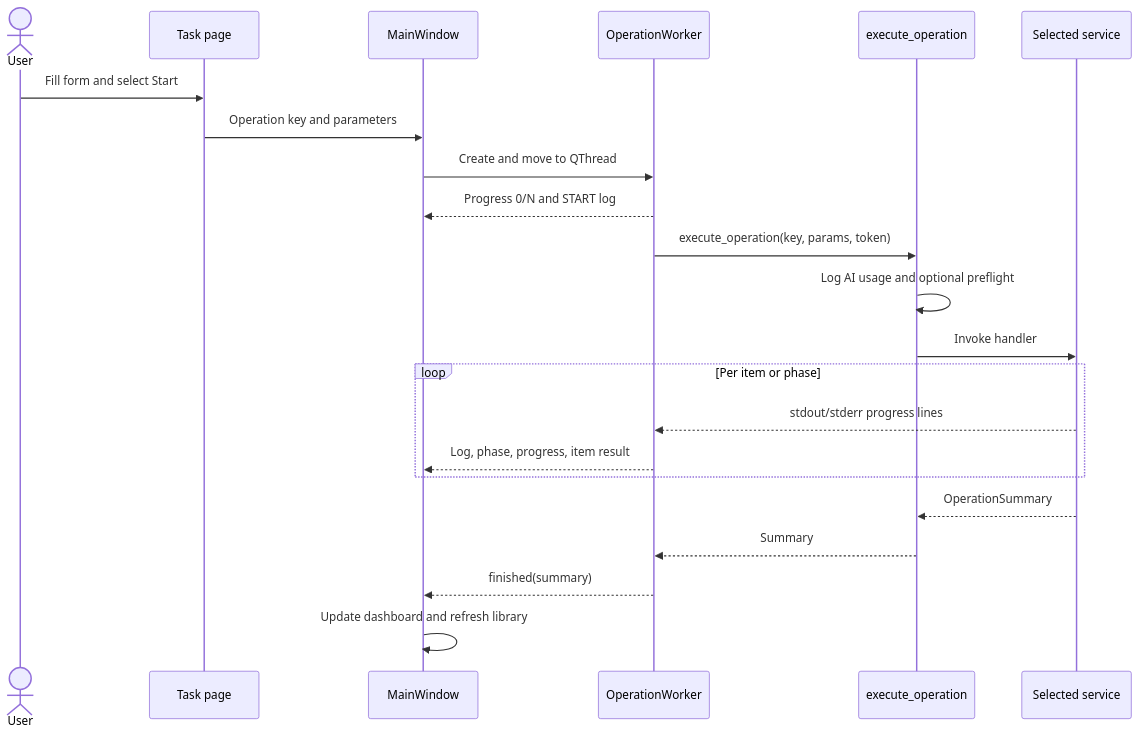
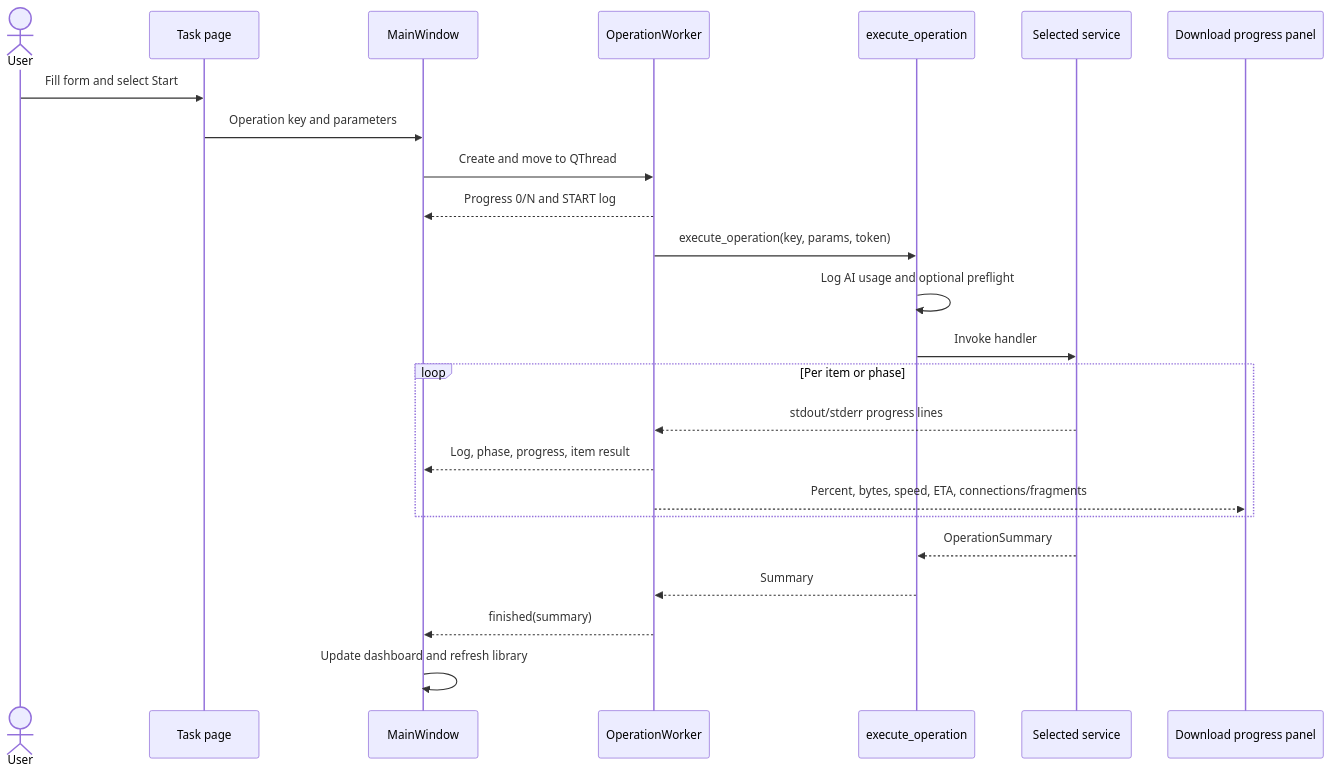
Before and after one commit to DhimanGhosh/YouTube_Media_Studio: the first of 13 diagrams in docs/WORKFLOW_DESIGNS.md, drawn with Mermaid. The commit also changed other lines of this file and 44 other files, not shown here.

First line of the commit message:
feat: add parallel download telemetry and library deletion

````diff
--- a/docs/WORKFLOW_DESIGNS.md
+++ b/docs/WORKFLOW_DESIGNS.md
@@ -8,25 +8,27 @@
 ```mermaid
 sequenceDiagram
     actor User
     participant Page as Task page
     participant Window as MainWindow
     participant Worker as OperationWorker
     participant Dispatch as execute_operation
     participant Service as Selected service
+    participant Telemetry as Download progress panel
 
     User->>Page: Fill form and select Start
     Page->>Window: Operation key and parameters
     Window->>Worker: Create and move to QThread
     Worker-->>Window: Progress 0/N and START log
     Worker->>Dispatch: execute_operation(key, params, token)
     Dispatch->>Dispatch: Log AI usage and optional preflight
     Dispatch->>Service: Invoke handler
     loop Per item or phase
         Service-->>Worker: stdout/stderr progress lines
         Worker-->>Window: Log, phase, progress, item result
+        Worker-->>Telemetry: Percent, bytes, speed, ETA, connections/fragments
     end
     Service-->>Dispatch: OperationSummary
     Dispatch-->>Worker: Summary
     Worker-->>Window: finished(summary)
     Window->>Window: Update dashboard and refresh library
 ```
````
